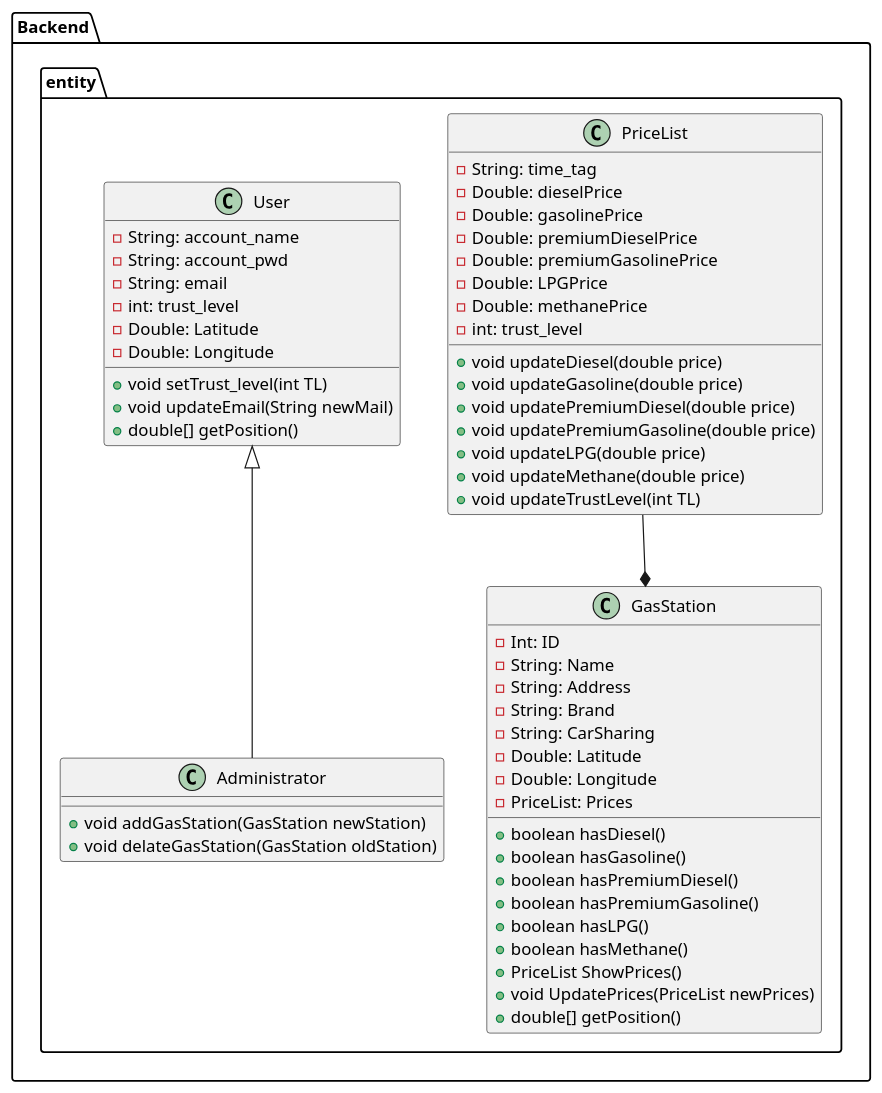
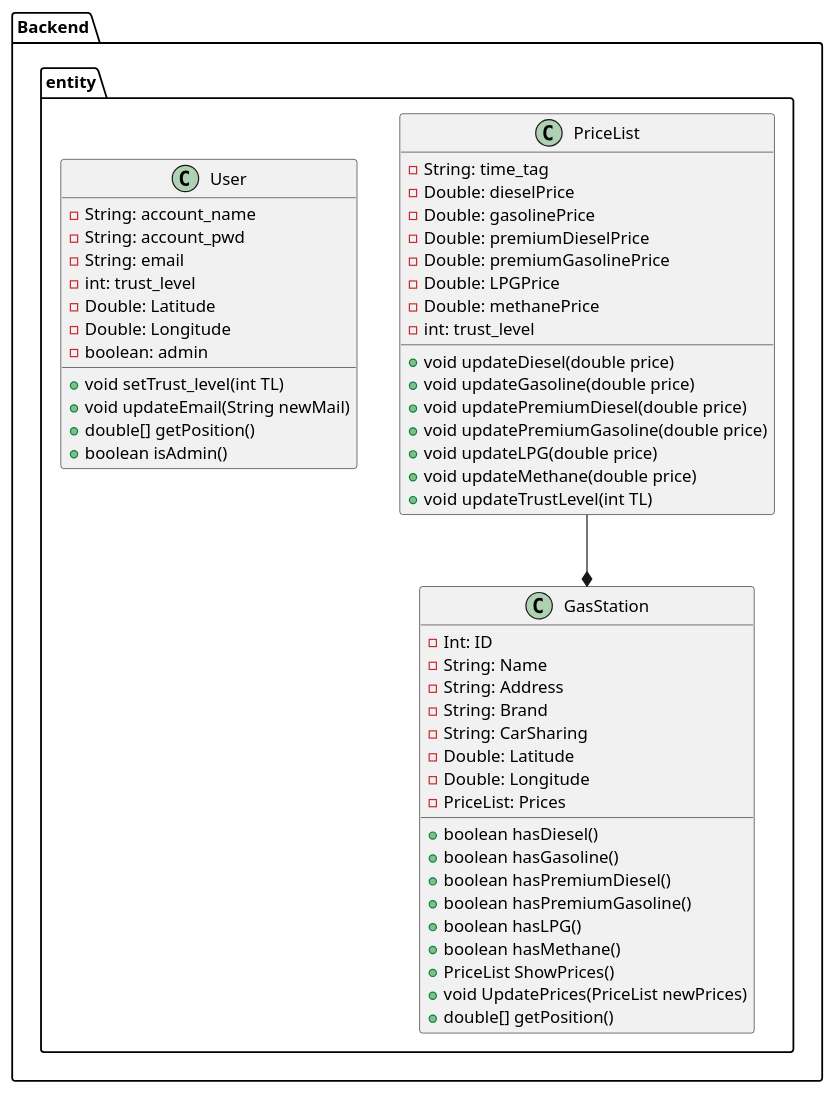
One commit to MattiaRiola/ezgas changed the fourth of 8 diagrams in docs/DesignDocument.md. Above: the diagram before and after it, drawn with PlantUML.

Commit message:
Fix: administrator entity class

````diff
--- a/docs/DesignDocument.md
+++ b/docs/DesignDocument.md
@@ -226,67 +226,62 @@
 ```plantuml
 @startuml
 package "Backend" {
     package "entity" {
         class GasStation {
             -Int: ID
             -String: Name
             -String: Address
             -String: Brand
             -String: CarSharing
             -Double: Latitude
             -Double: Longitude
             -PriceList: Prices
             +boolean hasDiesel()
             +boolean hasGasoline()
             +boolean hasPremiumDiesel()
             +boolean hasPremiumGasoline()
             +boolean hasLPG()
             +boolean hasMethane()
             +PriceList ShowPrices()
             +void UpdatePrices(PriceList newPrices)
             +double[] getPosition()
         }
 
         class PriceList {
             -String: time_tag
             -Double: dieselPrice
             -Double: gasolinePrice
             -Double: premiumDieselPrice
             -Double: premiumGasolinePrice
             -Double: LPGPrice
             -Double: methanePrice
             -int: trust_level
             +void updateDiesel(double price)
             +void updateGasoline(double price)
             +void updatePremiumDiesel(double price)
             +void updatePremiumGasoline(double price)
             +void updateLPG(double price)
             +void updateMethane(double price)
             +void updateTrustLevel(int TL)
         }
 
         class User {
             -String: account_name
             -String: account_pwd
             -String: email
             -int: trust_level
             -Double: Latitude
             -Double: Longitude
-
+            -boolean: admin
             +void setTrust_level(int TL)
             +void updateEmail(String newMail)
             +double[] getPosition()
-        }
-
-        class Administrator {
-            +void addGasStation(GasStation newStation)
-            +void delateGasStation(GasStation oldStation)
+            +boolean isAdmin()
         }
 
         GasStation *-up- PriceList
-        User <|-down- Administrator
     }
 }
 
 @enduml
 ```
````
